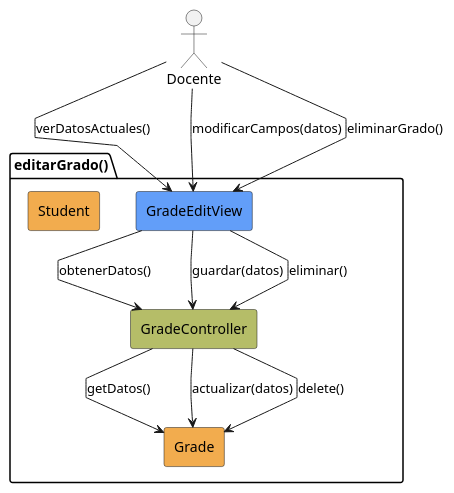
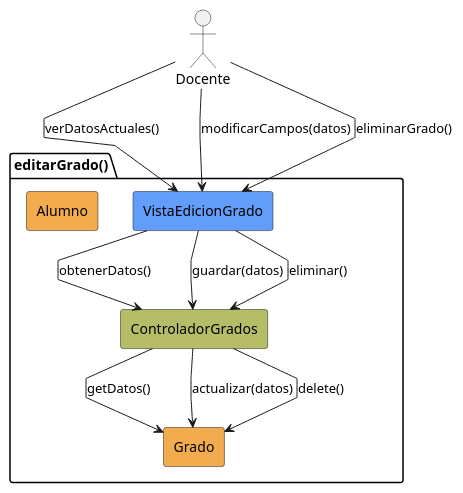
One commit to liamanderson873/25-26-idsw2-sdVC changed the diagram in RUP/01-analisis/casos-uso/CU-19-editarGrado/analisis-colaboracion-CU-19-editarGrado.puml. Above: the diagram before and after it, drawn with PlantUML. The commit also changed 85 other files, not shown here.

```diff
--- a/RUP/01-analisis/casos-uso/CU-19-editarGrado/analisis-colaboracion-CU-19-editarGrado.puml
+++ b/RUP/01-analisis/casos-uso/CU-19-editarGrado/analisis-colaboracion-CU-19-editarGrado.puml
@@ -1,24 +1,24 @@
 @startuml editarGrado-analisis
 skinparam linetype polyline
 
 actor Docente
 package editarGrado as "editarGrado()" {
-    rectangle #629EF9 GradeEditView
-    rectangle #b5bd68 GradeController
-    rectangle #F2AC4E Grade
-    rectangle #F2AC4E Student
+    rectangle #629EF9 VistaEdicionGrado
+    rectangle #b5bd68 ControladorGrados
+    rectangle #F2AC4E Grado
+    rectangle #F2AC4E Alumno
 }
 
-Docente -r-> GradeEditView: verDatosActuales()
-GradeEditView -d-> GradeController: obtenerDatos()
-GradeController --> Grade: getDatos()
+Docente -r-> VistaEdicionGrado: verDatosActuales()
+VistaEdicionGrado -d-> ControladorGrados: obtenerDatos()
+ControladorGrados --> Grado: getDatos()
 
-Docente --> GradeEditView: modificarCampos(datos)
-GradeEditView --> GradeController: guardar(datos)
-GradeController --> Grade: actualizar(datos)
+Docente --> VistaEdicionGrado: modificarCampos(datos)
+VistaEdicionGrado --> ControladorGrados: guardar(datos)
+ControladorGrados --> Grado: actualizar(datos)
 
-Docente --> GradeEditView: eliminarGrado()
-GradeEditView --> GradeController: eliminar()
-GradeController --> Grade: delete()
+Docente --> VistaEdicionGrado: eliminarGrado()
+VistaEdicionGrado --> ControladorGrados: eliminar()
+ControladorGrados --> Grado: delete()
 
 @enduml
```
